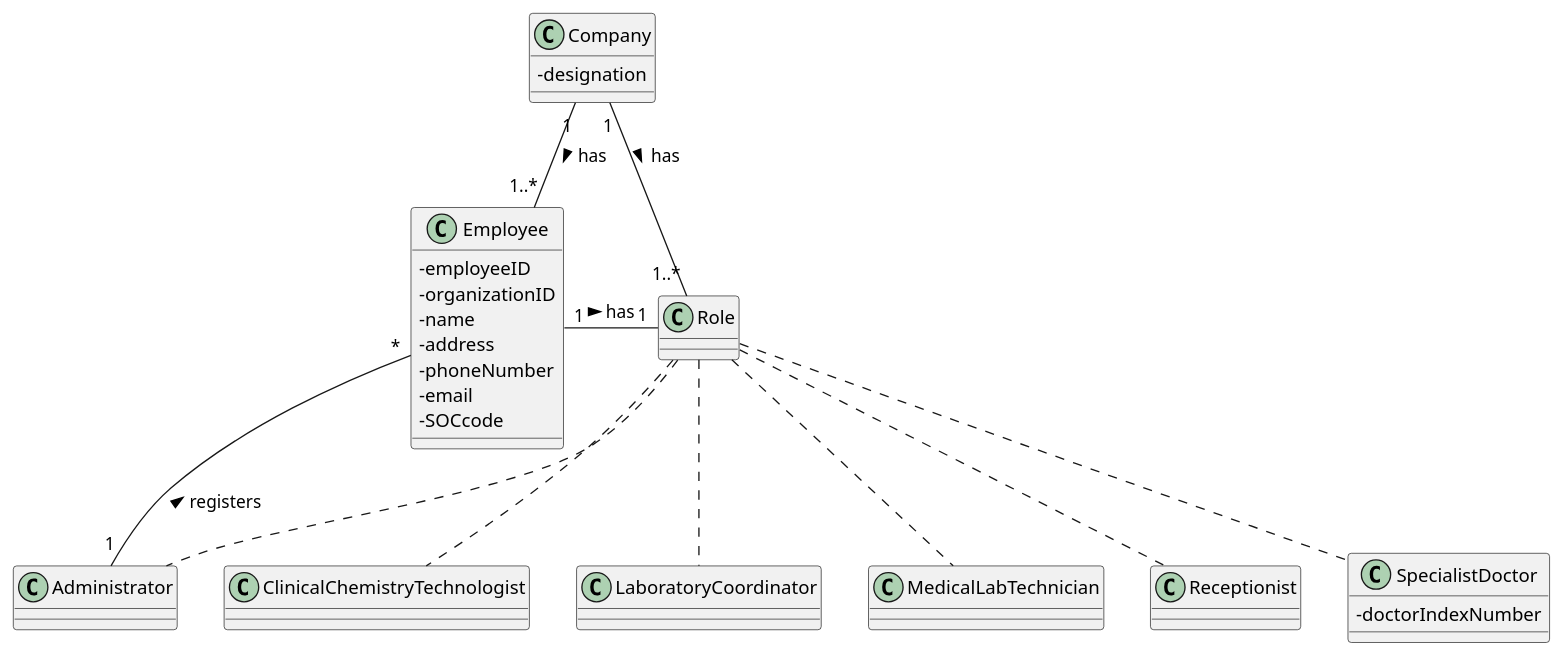
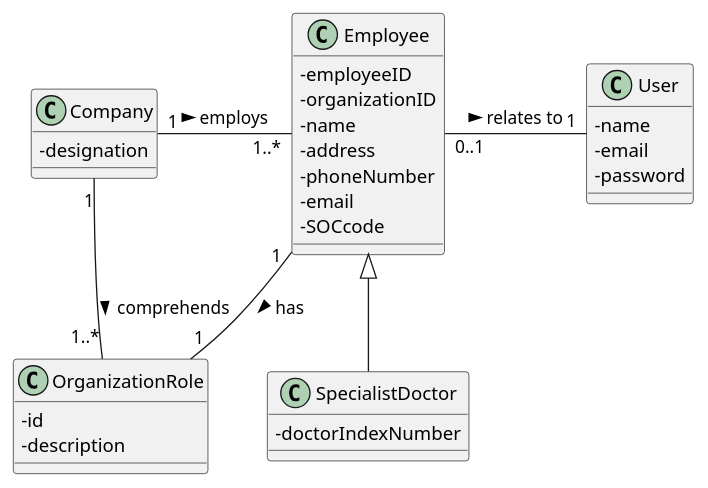
The diagram in docs/SprintB/US7/US7_DM.puml (MadDinosaur/ISEP-LAPR2), drawn with PlantUML before and after one commit. The commit also changed 4 other files, not shown here.

Commit message:
Created US7 class diagram and adjusted remaining artifacts.

```diff
--- a/docs/SprintB/US7/US7_DM.puml
+++ b/docs/SprintB/US7/US7_DM.puml
@@ -1,36 +1,34 @@
 @startuml
 skinparam classAttributeIconSize 0
 
-class Administrator
-class ClinicalChemistryTechnologist
 class Company {
 -designation
 }
 class Employee {
 -employeeID
 -organizationID
 -name
 -address
 -phoneNumber
 -email
 -SOCcode
 }
-class LaboratoryCoordinator
-class MedicalLabTechnician
-class Receptionist
-class Role
+class OrganizationRole {
+-id
+-description
+}
 class SpecialistDoctor {
 -doctorIndexNumber
 }
+class User {
+-name
+-email
+-password
+}
 
-Company "1"--"1..*" Employee : has >
-Company "1"--"1..*" Role : has >
-Role .. Administrator
-Role .. ClinicalChemistryTechnologist
-Role .. MedicalLabTechnician
-Role .. LaboratoryCoordinator
-Role .. Receptionist
-Role .. SpecialistDoctor
-Administrator "1"--"*" Employee : registers >
-Employee "1"-right-"1" Role : has >
+Company "1"-right-"1..*" Employee : employs >
+Company "1"--"1..*" OrganizationRole : comprehends >
+Employee <|-- SpecialistDoctor
+Employee "1"--"1" OrganizationRole : has >
+Employee "0..1"-right-"1" User : relates to >
 @enduml
```
